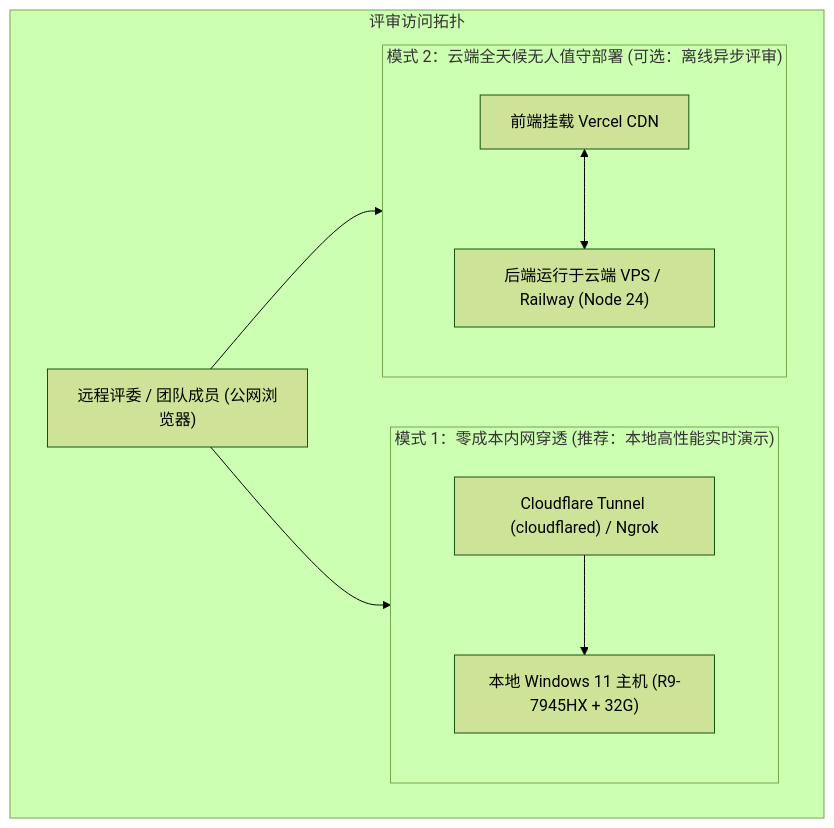
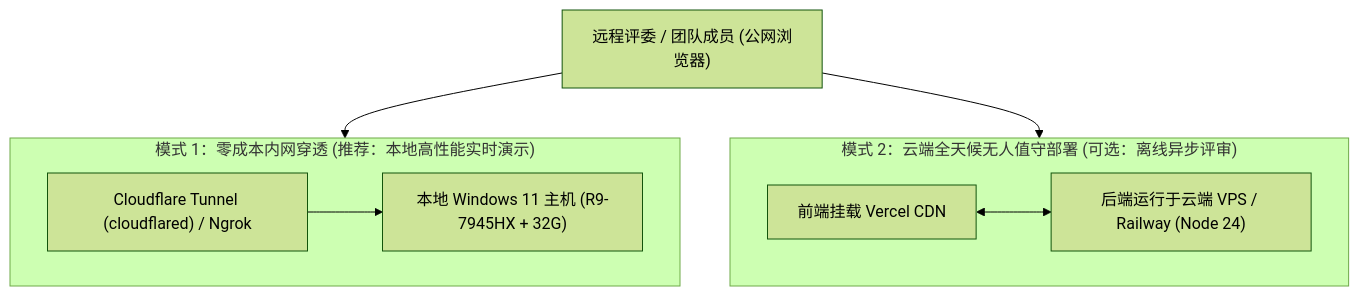
One commit to SakuraCianna/LegacyCodeModernizer changed the diagram in docs/zh/deployment-and-tunneling.md. Above: the diagram before and after it, drawn with Mermaid (forest theme). The commit also changed 7 other files, not shown here.

Commit message:
docs: 扁平化重构全量 Mermaid 图表，修复 Typora 嵌套报错与高清晰度垂直排版

````diff
--- a/docs/zh/deployment-and-tunneling.md
+++ b/docs/zh/deployment-and-tunneling.md
@@ -13,21 +13,19 @@
 ```mermaid
-graph TD
-    subgraph EvaluationAccess ["评审访问拓扑"]
-        Judges["远程评委 / 团队成员 (公网浏览器)"]
+flowchart TD
+    Judges["远程评委 / 团队成员 (公网浏览器)"]
 
-        subgraph ModeA ["模式 1：零成本内网穿透 (推荐：本地高性能实时演示)"]
-            Tunnel["Cloudflare Tunnel (cloudflared) / Ngrok"]
-            LocalHost["本地 Windows 11 主机 (R9-7945HX + 32G)"]
-            Tunnel --> LocalHost
-        end
+    subgraph ModeA ["模式 1：零成本内网穿透 (推荐：本地高性能实时演示)"]
+        Tunnel["Cloudflare Tunnel (cloudflared) / Ngrok"]
+        LocalHost["本地 Windows 11 主机 (R9-7945HX + 32G)"]
+        Tunnel --> LocalHost
+    end
 
-        subgraph ModeB ["模式 2：云端全天候无人值守部署 (可选：离线异步评审)"]
-            Vercel["前端挂载 Vercel CDN"]
-            CloudVPS["后端运行于云端 VPS / Railway (Node 24)"]
-            Vercel <--> CloudVPS
-        end
+    subgraph ModeB ["模式 2：云端全天候无人值守部署 (可选：离线异步评审)"]
+        Vercel["前端挂载 Vercel CDN"]
+        CloudVPS["后端运行于云端 VPS / Railway (Node 24)"]
+        Vercel <--> CloudVPS
+    end
 
-        Judges --> ModeA
-        Judges --> ModeB
-    end
+    Judges --> ModeA
+    Judges --> ModeB
 ```
````
